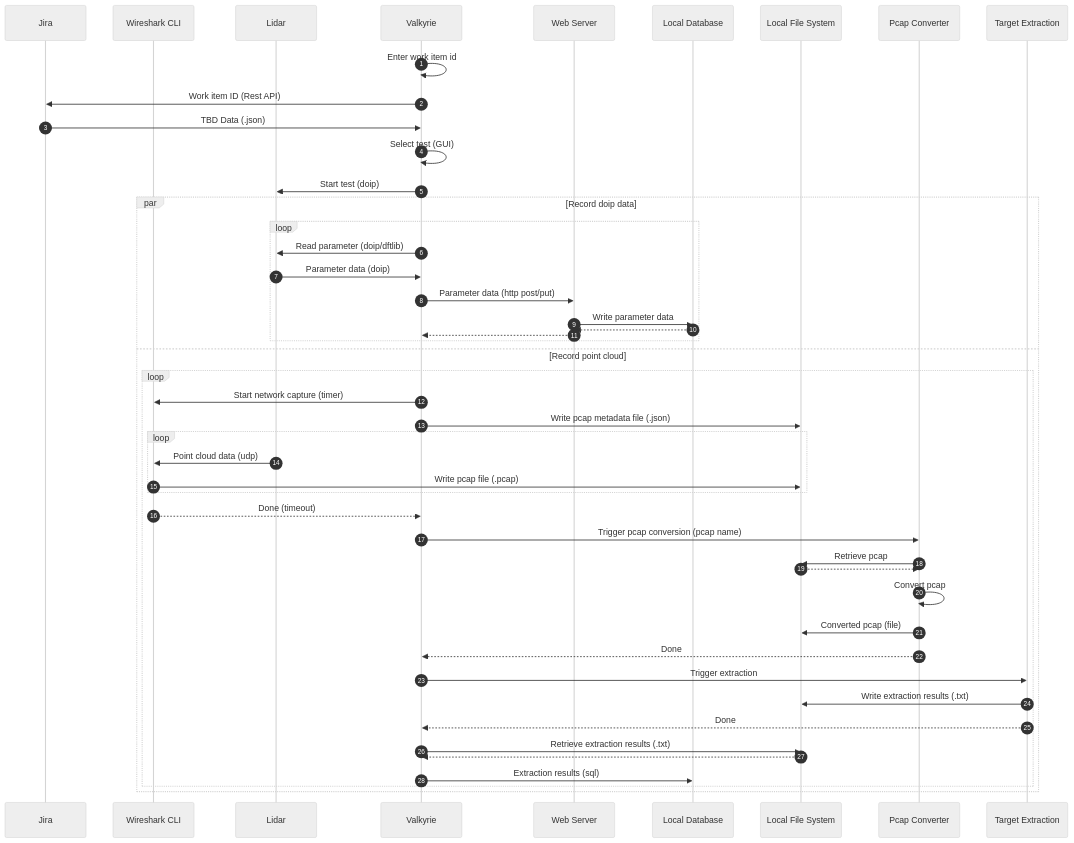
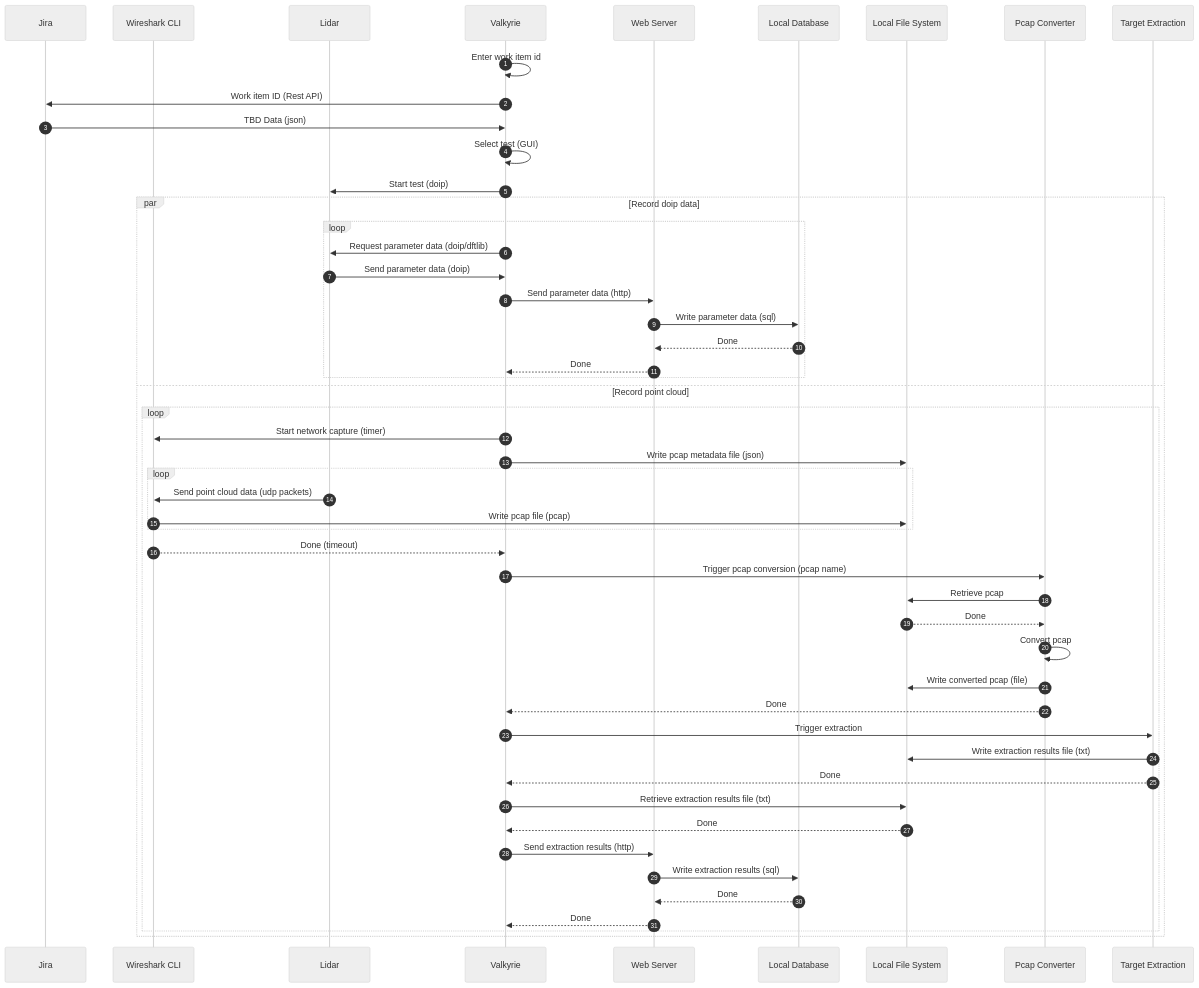
Before and after one commit to matthew-beisser/testing-automation-pipeline-3: the first of 2 diagrams in docs/design.md, drawn with Mermaid. The commit also changed other lines of this file and 7 other files, not shown here.

Commit message:
WIP updated diagrams

````diff
--- a/docs/design.md
+++ b/docs/design.md
@@ -218,60 +222,63 @@
 ```mermaid
 %%{
     init: {'theme': 'neutral' }
 }%%
 
 sequenceDiagram
     autonumber
 
     Participant Jira
     Participant WS as Wireshark CLI
     Participant Lidar
     Participant Valk as Valkyrie
     Participant WWW as Web Server
     Participant DB as Local Database
     Participant FS as Local File System
     Participant PConvert as Pcap Converter
     Participant TE as Target Extraction
 
     Valk->>Valk: Enter work item id
     Valk->>Jira: Work item ID (Rest API)
-    Jira->>Valk: TBD Data (.json)
+    Jira->>Valk: TBD Data (json)
     Valk->>Valk: Select test (GUI)
 
     Valk->>Lidar: Start test (doip)
 
     par Record doip data
         loop 
-            Valk->>Lidar: Read parameter (doip/dftlib)
-            Lidar->>Valk: Parameter data (doip)
-            Valk->>WWW: Parameter data (http post/put)
-            WWW->>DB: Write parameter data
-            DB-->>WWW: 
-            WWW-->>Valk: 
+            Valk->>Lidar: Request parameter data (doip/dftlib)
+            Lidar->>Valk: Send parameter data (doip)
+            Valk->>WWW: Send parameter data (http)
+            WWW->>DB: Write parameter data (sql)
+            DB-->>WWW: Done
+            WWW-->>Valk: Done
         end
     and Record point cloud
         loop 
             Valk->>WS: Start network capture (timer)
-            Valk->>FS: Write pcap metadata file (.json)
+            Valk->>FS: Write pcap metadata file (json)
             
             loop
-                Lidar->>WS: Point cloud data (udp)
-                WS->>FS: Write pcap file (.pcap)
+                Lidar->>WS: Send point cloud data (udp packets)
+                WS->>FS: Write pcap file (pcap)
             end
 
             WS-->>Valk: Done (timeout)
             Valk->>PConvert: Trigger pcap conversion (pcap name)
             PConvert->>FS: Retrieve pcap
-            FS-->>PConvert: 
+            FS-->>PConvert: Done
             PConvert->>PConvert: Convert pcap
-            PConvert->>FS: Converted pcap (file)
+            PConvert->>FS: Write converted pcap (file)
             PConvert-->>Valk: Done
             Valk->>TE: Trigger extraction
-            TE->>FS: Write extraction results (.txt)
+            TE->>FS: Write extraction results file (txt)
             TE-->>Valk: Done
-            Valk->>FS: Retrieve extraction results (.txt)
-            FS-->>Valk: 
-            Valk->>DB: Extraction results (sql)
+            Valk->>FS: Retrieve extraction results file (txt)
+            FS-->>Valk: Done
+            Valk->>WWW: Send extraction results (http)
+            WWW->>DB: Write extraction results (sql)
+            DB-->>WWW: Done
+            WWW-->>Valk: Done
         end
     end
 ```
````
